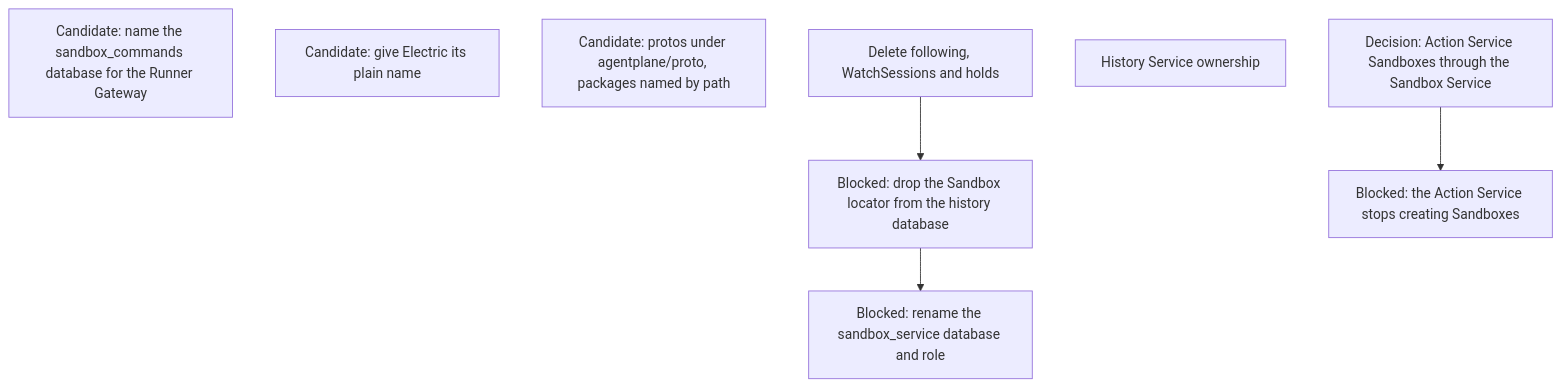
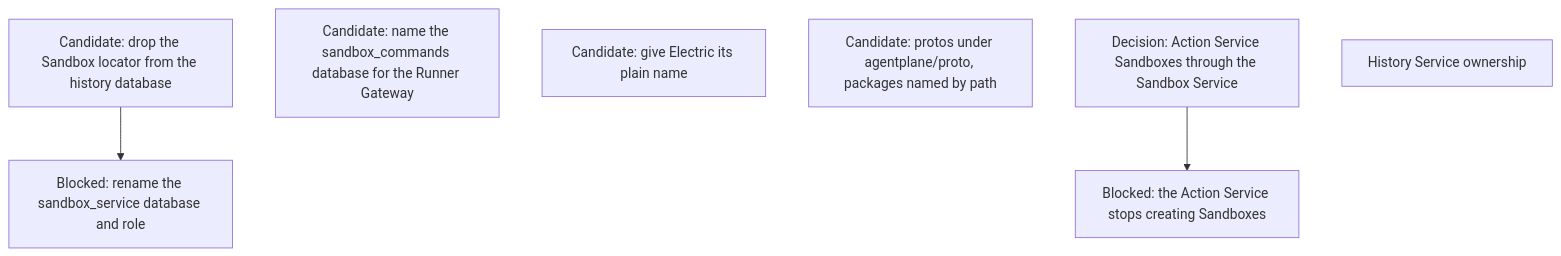
The tenth of 13 diagrams in agentplane/plans/task_dag.md (agentydragon-agent/ducktape), drawn with Mermaid before and after one commit. The commit also changed other lines of this file and 160 other files, not shown here.

First line of the commit message:
agentplane/history_service: stop following Sessions (#9995)

````diff
--- a/agentplane/plans/task_dag.md
+++ b/agentplane/plans/task_dag.md
@@ -688,14 +675,13 @@
 ```mermaid
 flowchart TD
-    HISTORY_SANDBOX_LOCATOR_DROP[Blocked: drop the Sandbox locator from the history database]
+    HISTORY_SANDBOX_LOCATOR_DROP[Candidate: drop the Sandbox locator from the history database]
     HISTORY_DATABASE_RENAME[Blocked: rename the sandbox_service database and role]
     SANDBOX_DATABASE_RENAME[Candidate: name the sandbox_commands database for the Runner Gateway]
     ELECTRIC_DEPLOYMENT_RENAME[Candidate: give Electric its plain name]
     PROTO_DIRECTORY[Candidate: protos under agentplane/proto, packages named by path]
     ACTION_SANDBOX_DESIGN[Decision: Action Service Sandboxes through the Sandbox Service]
     ACTION_SANDBOX_PROVISIONING[Blocked: the Action Service stops creating Sandboxes]
     ACTION_SANDBOX_DESIGN --> ACTION_SANDBOX_PROVISIONING
     HISTORY_SERVICE_OWNERSHIP[History Service ownership]
-    FOLLOW_PATH_RETIRE[Delete following, WatchSessions and holds] --> HISTORY_SANDBOX_LOCATOR_DROP
     HISTORY_SANDBOX_LOCATOR_DROP --> HISTORY_DATABASE_RENAME
 ```
````
